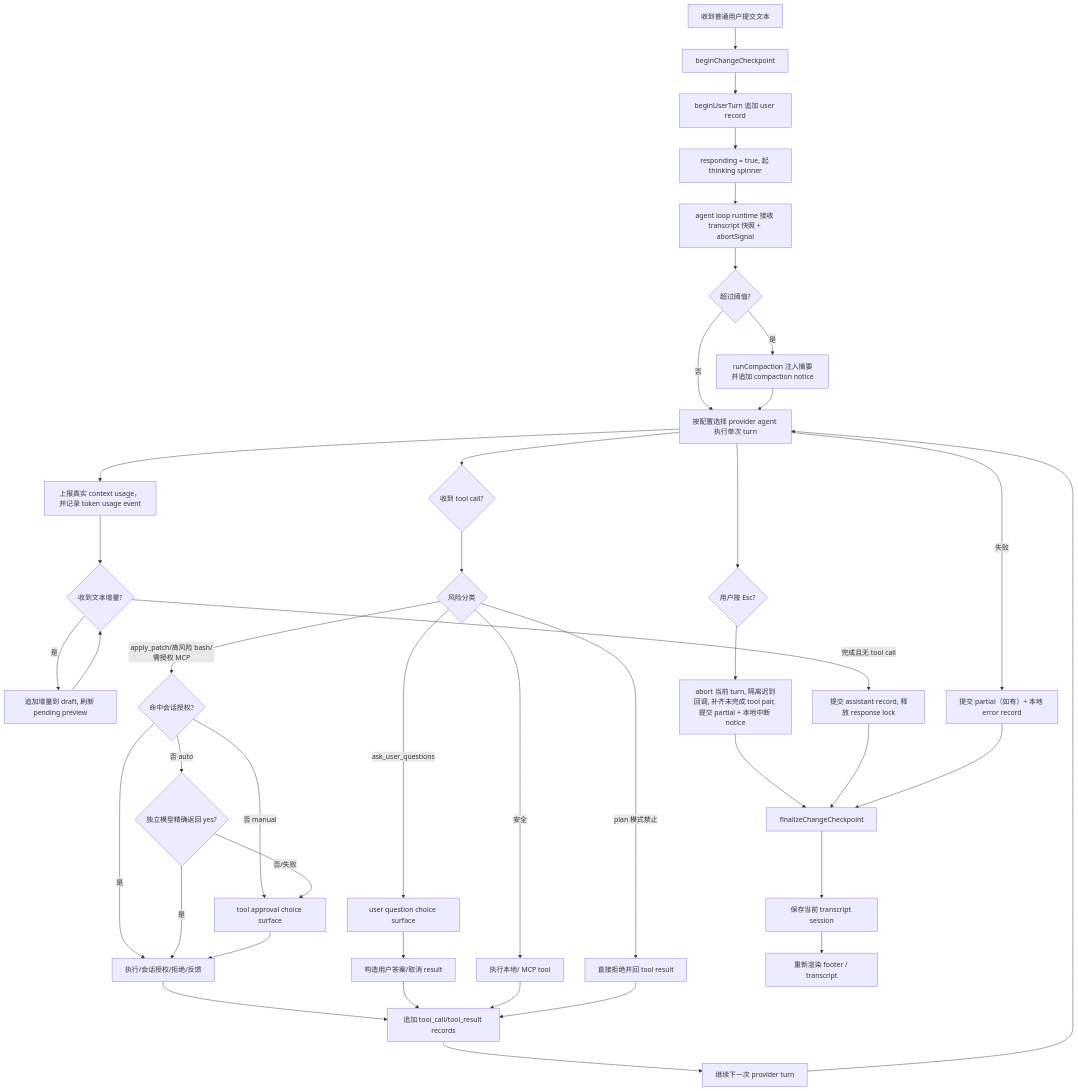
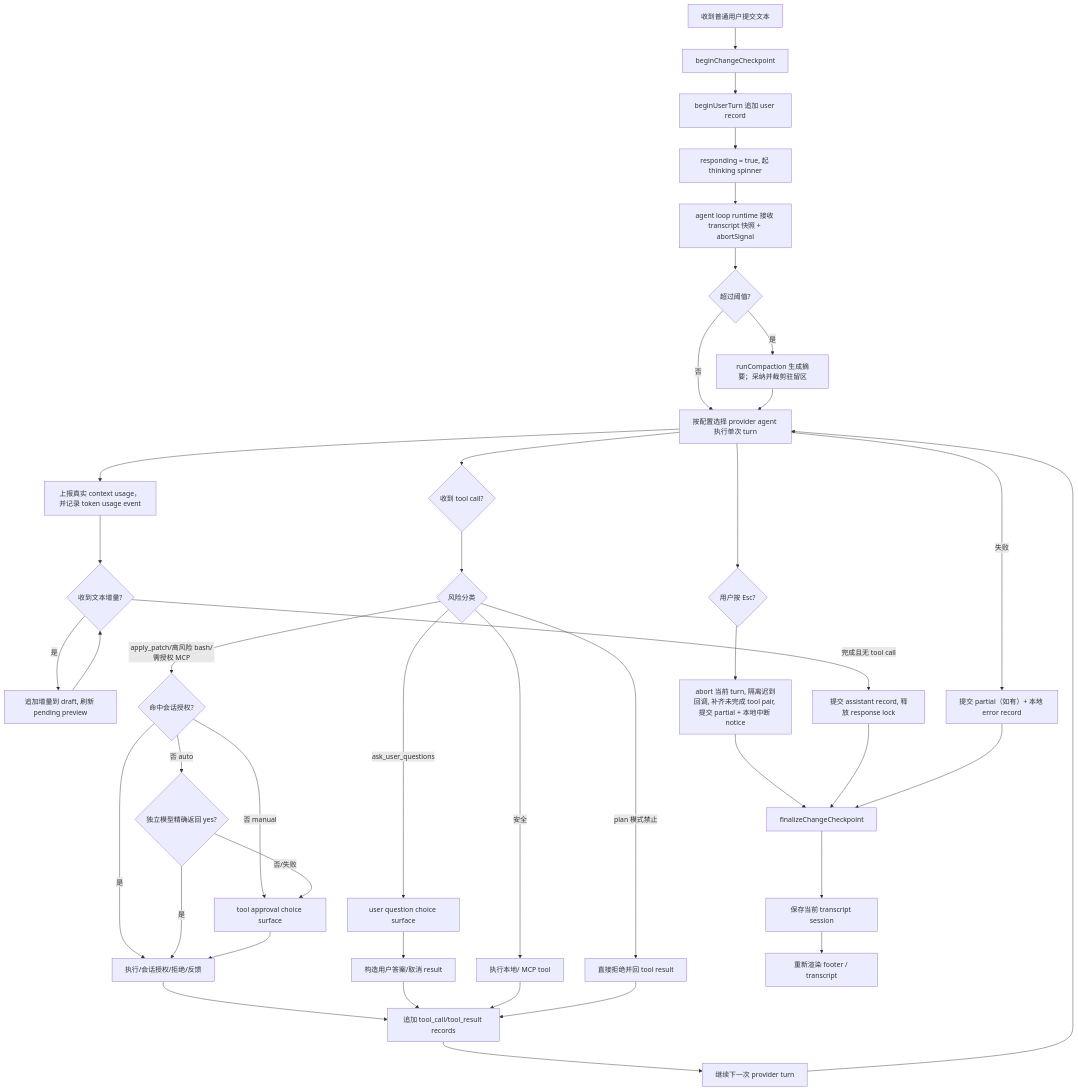
Before and after one commit to eumendies/echo-tui: the third of 5 diagrams in docs/tui-architecture.md, drawn with Mermaid. The commit also changed other lines of this file and 59 other files, not shown here.

````diff
--- a/docs/tui-architecture.md
+++ b/docs/tui-architecture.md
@@ -301,46 +315,46 @@
 ```mermaid
 flowchart TB
     accTitle: LLM assistant response flow
     accDescr: The diagram shows the LLM assistant lifecycle from change checkpoint and response lock through thinking, streaming, tool continuation, error recovery, and unlock.
 
     submit["收到普通用户提交文本"] --> checkpoint["beginChangeCheckpoint"]
     checkpoint --> user_record["beginUserTurn 追加 user record"]
     user_record --> lock["responding = true, 起 thinking spinner"]
     lock --> run_agent["agent loop runtime 接收 transcript 快照 + abortSignal"]
     run_agent --> compact{"超过阈值?"}
-    compact -->|是| do_compact["runCompaction 注入摘要并追加 compaction notice"]
+    compact -->|是| do_compact["runCompaction 生成摘要；采纳并裁剪驻留区"]
     compact -->|否| provider_turn
     do_compact --> provider_turn["按配置选择 provider agent 执行单次 turn"]
     provider_turn --> usage["上报真实 context usage，并记录 token usage event"]
     usage --> stream{"收到文本增量?"}
     stream -->|是| token["追加增量到 draft, 刷新 pending preview"]
     token --> stream
     provider_turn --> tool_call{"收到 tool call?"}
     tool_call --> risk{"风险分类"}
     risk -->|apply_patch/高风险 bash/需授权 MCP| approval_cache{"命中会话授权?"}
     approval_cache -->|是| execute_or_deny
     approval_cache -->|否 manual| approval["tool approval choice surface"]
     approval_cache -->|否 auto| auto_review{"独立模型精确返回 yes?"}
     auto_review -->|是| execute_or_deny
     auto_review -->|否/失败| approval
     risk -->|ask_user_questions| question["user question choice surface"]
     risk -->|plan 模式禁止| reject["直接拒绝并回 tool result"]
     risk -->|安全| execute_tool["执行本地/ MCP tool"]
     approval --> execute_or_deny["执行/会话授权/拒绝/反馈"]
     question --> question_result["构造用户答案/取消 result"]
     execute_or_deny --> tool_result["追加 tool_call/tool_result records"]
     question_result --> tool_result
     execute_tool --> tool_result
     reject --> tool_result
     tool_result --> continuation["继续下一次 provider turn"]
     continuation --> provider_turn
     provider_turn --> interrupt{"用户按 Esc?"}
     interrupt --> abort["abort 当前 turn, 隔离迟到回调, 补齐未完成 tool pair, 提交 partial + 本地中断 notice"]
     abort --> finalize
     stream -->|完成且无 tool call| complete["提交 assistant record, 释放 response lock"]
     complete --> finalize["finalizeChangeCheckpoint"]
     provider_turn -->|失败| error_record["提交 partial（如有）+ 本地 error record"]
     error_record --> finalize
     finalize --> persist["保存当前 transcript session"]
     persist --> redraw["重新渲染 footer / transcript"]
 ```
````
